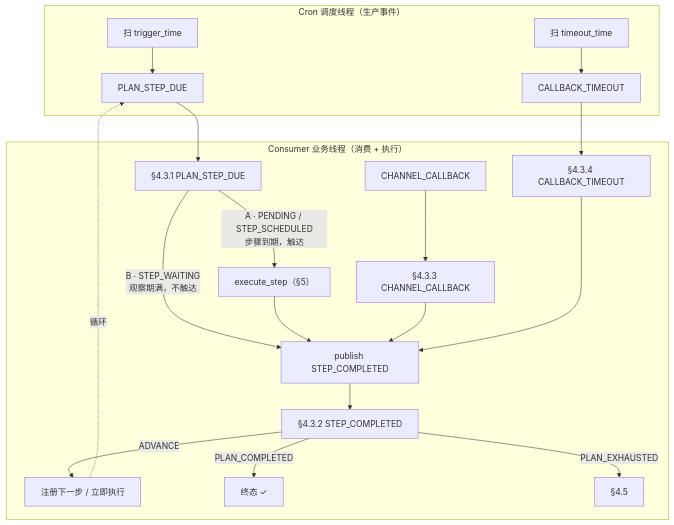
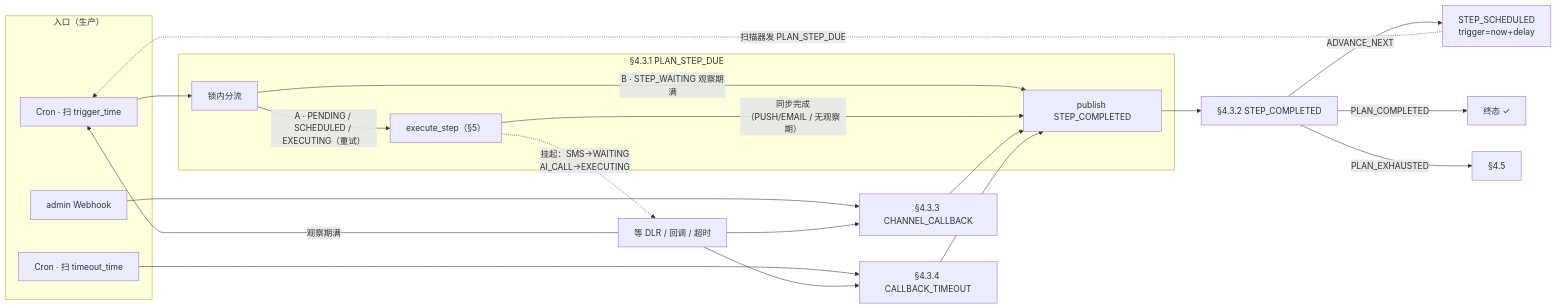
One commit to katherineliu2102/Intelligent-Collection-V1 changed the third of 5 diagrams in docs/MOCASA催收系统升级_Phase1_核心引擎规格.md. Above: the diagram before and after it, drawn with Mermaid. The commit also changed other lines of this file and 27 other files, not shown here.

First line of the commit message:
docs(engine): 精炼生命周期规格并对齐 WAITING×DLR 与合规口径

````diff
--- a/docs/MOCASA催收系统升级_Phase1_核心引擎规格.md
+++ b/docs/MOCASA催收系统升级_Phase1_核心引擎规格.md
@@ -291,26 +298,38 @@
 ```mermaid
-flowchart TB
-    subgraph cron ["Cron 调度线程（生产事件）"]
-        J1["扫 trigger_time"] --> E1["PLAN_STEP_DUE"]
-        J2["扫 timeout_time"] --> E4["CALLBACK_TIMEOUT"]
+flowchart LR
+    subgraph sources["入口（生产）"]
+        C1["Cron · 扫 trigger_time"]
+        C2["Cron · 扫 timeout_time"]
+        WH["admin Webhook"]
     end
 
-    subgraph consumer ["Consumer 业务线程（消费 + 执行）"]
-        E1 --> S1["§4.3.1 PLAN_STEP_DUE"]
-        S1 -->|"A · PENDING / STEP_SCHEDULED<br/>步骤到期，触达"| EX["execute_step（§5）"]
-        S1 -->|"B · STEP_WAITING<br/>观察期满，不触达"| SC
+    subgraph due["§4.3.1 PLAN_STEP_DUE"]
+        S1["锁内分流"]
+        EX["execute_step（§5）"]
+        S1 -->|"A · PENDING / SCHEDULED / EXECUTING（重试）"| EX
+        S1 -->|"B · STEP_WAITING 观察期满"| HUB
+    end
 
-        E2["CHANNEL_CALLBACK"] --> S3["§4.3.3 CHANNEL_CALLBACK"]
-        E4 --> S4["§4.3.4 CALLBACK_TIMEOUT"]
+    CB["§4.3.3 CHANNEL_CALLBACK"]
+    TO["§4.3.4 CALLBACK_TIMEOUT"]
+    HUB["publish STEP_COMPLETED"]
+    ADV["§4.3.2 STEP_COMPLETED"]
 
-        EX --> SC["publish STEP_COMPLETED"]
-        S3 --> SC
-        S4 --> SC
+    C1 --> S1
+    C2 --> TO
+    WH --> CB
 
-        SC --> S2["§4.3.2 STEP_COMPLETED"]
-        S2 -->|ADVANCE| NEXT["注册下一步 / 立即执行"]
-        S2 -->|PLAN_COMPLETED| DONE["终态 ✓"]
-        S2 -->|PLAN_EXHAUSTED| EXH["§4.5"]
-        NEXT -.->|循环| E1
-    end
+    EX -->|"同步完成<br/>（PUSH/EMAIL / 无观察期）"| HUB
+    EX -.->|"挂起：SMS→WAITING<br/>AI_CALL→EXECUTING"| hang["等 DLR / 回调 / 超时"]
+    hang --> CB
+    hang --> TO
+    hang -->|"观察期满"| C1
+    CB --> HUB
+    TO --> HUB
+
+    HUB --> ADV
+    ADV -->|ADVANCE_NEXT| NEXT["STEP_SCHEDULED<br/>trigger=now+delay"]
+    ADV -->|PLAN_COMPLETED| DONE["终态 ✓"]
+    ADV -->|PLAN_EXHAUSTED| EXH["§4.5"]
+    NEXT -.->|扫描器发 PLAN_STEP_DUE| C1
 ```
````
